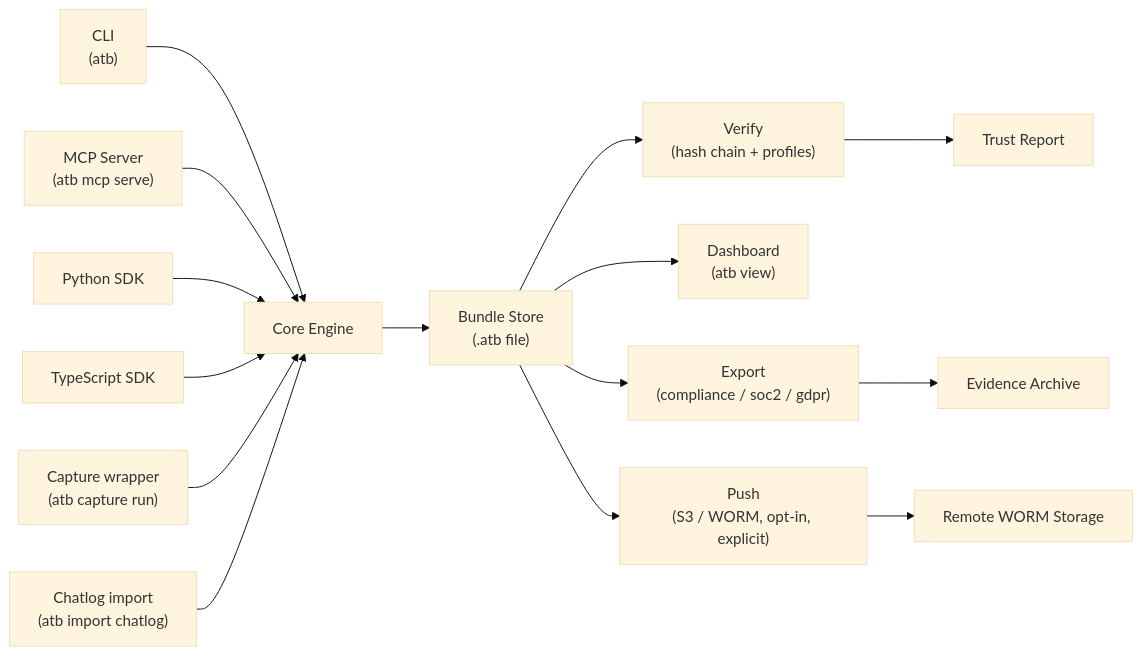
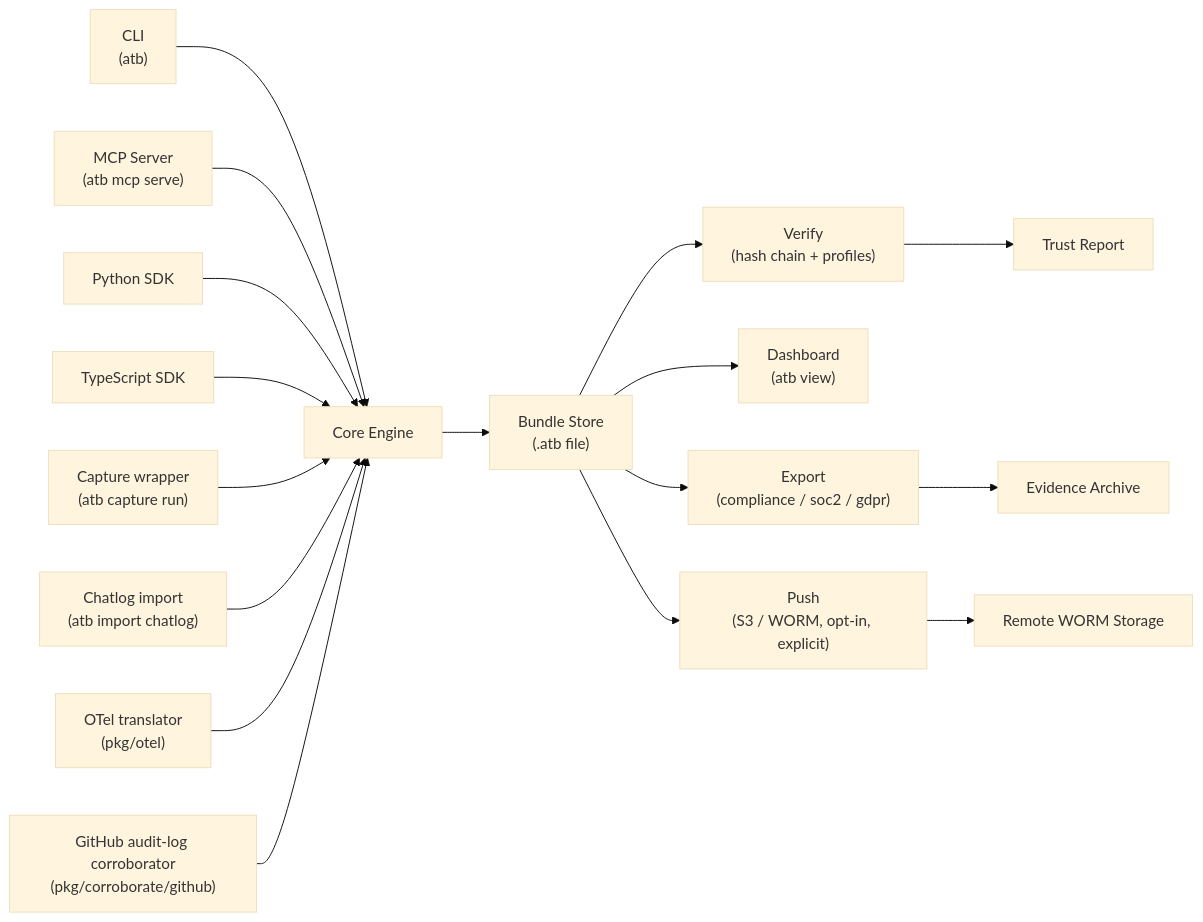
Before and after one commit to pcguest/atb: the diagram in docs/architecture.md, drawn with Mermaid (base theme). The commit also changed other lines of this file and 115 other files, not shown here.

````diff
--- a/docs/architecture.md
+++ b/docs/architecture.md
@@ -5,17 +5,19 @@
 ```mermaid
 flowchart LR
     CLI["CLI<br/>(atb)"] --> Core["Core Engine"]
     MCP["MCP Server<br/>(atb mcp serve)"] --> Core
     PythonSDK["Python SDK"] --> Core
     TypeScriptSDK["TypeScript SDK"] --> Core
     Capture["Capture wrapper<br/>(atb capture run)"] --> Core
     Import["Chatlog import<br/>(atb import chatlog)"] --> Core
+    OTel["OTel translator<br/>(pkg/otel)"] --> Core
+    GitHubAudit["GitHub audit-log corroborator<br/>(pkg/corroborate/github)"] --> Core
     Core --> BundleStore["Bundle Store<br/>(.atb file)"]
     BundleStore --> Verify["Verify<br/>(hash chain + profiles)"]
     BundleStore --> View["Dashboard<br/>(atb view)"]
     BundleStore --> Export["Export<br/>(compliance / soc2 / gdpr)"]
     BundleStore --> Push["Push<br/>(S3 / WORM, opt-in, explicit)"]
     Verify --> Report["Trust Report"]
     Export --> Archive["Evidence Archive"]
     Push --> RemoteStorage["Remote WORM Storage"]
 ```
````
